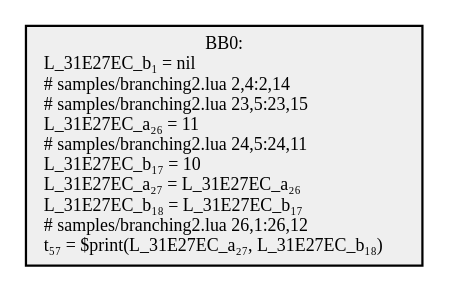
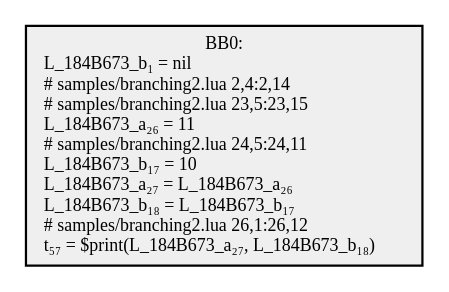
Before and after one commit to GGG-KILLER/SimpleCompiler: the diagram in src/SimpleCompiler.Cli/samples/obj/branching2.4.dot, drawn with Graphviz. The commit also changed 28 other files, not shown here.

```diff
--- a/src/SimpleCompiler.Cli/samples/obj/branching2.4.dot
+++ b/src/SimpleCompiler.Cli/samples/obj/branching2.4.dot
@@ -1,5 +1,5 @@
 digraph {
   node[shape=box style=filled fontsize=8 fontname="Cascadia Code" fillcolor="#efefef"];
-  BB0 [label="BB0:\nL_31E27EC_b₁ = nil\l# samples/branching2.lua 2,4:2,14\l# samples/branching2.lua 23,5:23,15\lL_31E27EC_a₂₆ = 11\l# samples/branching2.lua 24,5:24,11\lL_31E27EC_b₁₇ = 10\lL_31E27EC_a₂₇ = L_31E27EC_a₂₆\lL_31E27EC_b₁₈ = L_31E27EC_b₁₇\l# samples/branching2.lua 26,1:26,12\lt₅₇ = $print(L_31E27EC_a₂₇, L_31E27EC_b₁₈)\l"];
+  BB0 [label="BB0:\nL_184B673_b₁ = nil\l# samples/branching2.lua 2,4:2,14\l# samples/branching2.lua 23,5:23,15\lL_184B673_a₂₆ = 11\l# samples/branching2.lua 24,5:24,11\lL_184B673_b₁₇ = 10\lL_184B673_a₂₇ = L_184B673_a₂₆\lL_184B673_b₁₈ = L_184B673_b₁₇\l# samples/branching2.lua 26,1:26,12\lt₅₇ = $print(L_184B673_a₂₇, L_184B673_b₁₈)\l"];
 
 }
```
